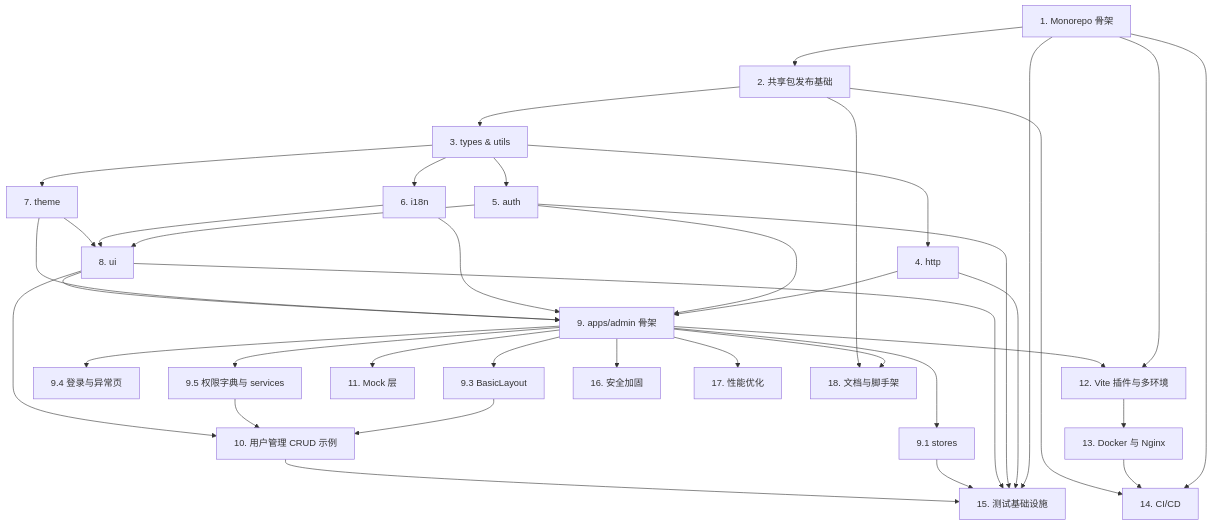
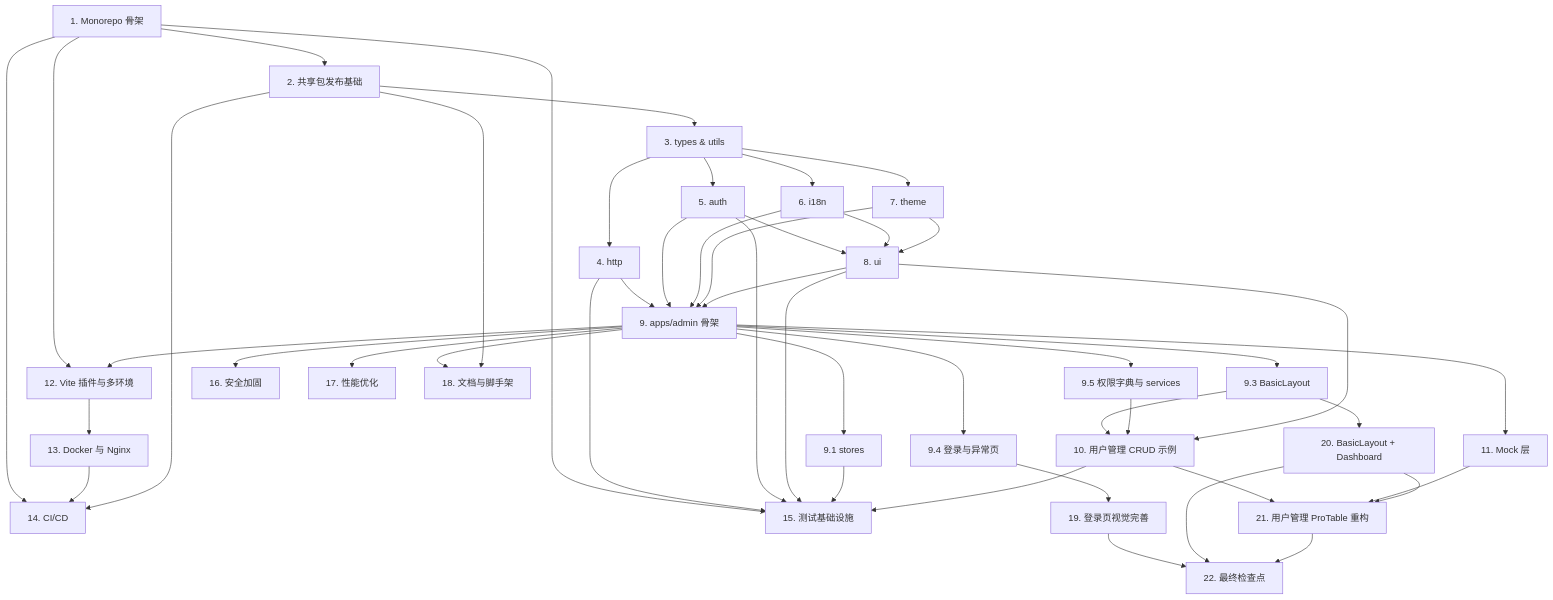
The diagram in .kiro/specs/saas-admin-template/tasks.md (Krysent/keel-admin), drawn with Mermaid before and after one commit. The commit also changed other lines of this file and 7 other files, not shown here.

````diff
--- a/.kiro/specs/saas-admin-template/tasks.md
+++ b/.kiro/specs/saas-admin-template/tasks.md
@@ -287,41 +437,49 @@
 ```mermaid
 graph TD
     T1[1. Monorepo 骨架] --> T2[2. 共享包发布基础]
     T2 --> T3[3. types & utils]
     T3 --> T4[4. http]
     T3 --> T5[5. auth]
     T3 --> T6[6. i18n]
     T3 --> T7[7. theme]
     T5 --> T8[8. ui]
     T6 --> T8
     T7 --> T8
     T4 --> T9[9. apps/admin 骨架]
     T5 --> T9
     T6 --> T9
     T7 --> T9
     T8 --> T9
     T9 --> T9_1[9.1 stores]
     T9 --> T9_3[9.3 BasicLayout]
     T9 --> T9_4[9.4 登录与异常页]
     T9 --> T9_5[9.5 权限字典与 services]
     T9_3 --> T10[10. 用户管理 CRUD 示例]
     T9_5 --> T10
     T8 --> T10
     T9 --> T11[11. Mock 层]
     T1 --> T12[12. Vite 插件与多环境]
     T9 --> T12
     T12 --> T13[13. Docker 与 Nginx]
     T1 --> T14[14. CI/CD]
     T13 --> T14
     T2 --> T14
     T1 --> T15[15. 测试基础设施]
     T4 --> T15
     T5 --> T15
     T8 --> T15
     T9_1 --> T15
     T10 --> T15
     T9 --> T16[16. 安全加固]
     T9 --> T17[17. 性能优化]
     T9 --> T18[18. 文档与脚手架]
     T2 --> T18
+    T9_4 --> T19[19. 登录页视觉完善]
+    T9_3 --> T20[20. BasicLayout + Dashboard]
+    T10 --> T21[21. 用户管理 ProTable 重构]
+    T11 --> T21
+    T20 --> T21
+    T19 --> T22[22. 最终检查点]
+    T20 --> T22
+    T21 --> T22
 ```
````
